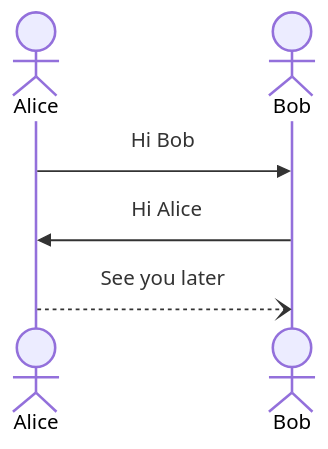
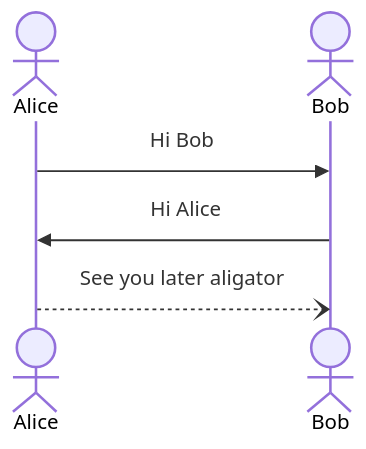
The diagram in test/fixtures/sequenceWithActors.md (johanna-herrmann/mermaider), drawn with Mermaid before and after one commit. The commit also changed 4 other files, not shown here.

````diff
--- a/test/fixtures/sequenceWithActors.md
+++ b/test/fixtures/sequenceWithActors.md
@@ -1,8 +1,8 @@
 ```mermaid
 sequenceDiagram
   actor Alice
   actor Bob
   Alice ->> Bob: Hi Bob
   Bob ->> Alice: Hi Alice
-  Alice --) Bob: See you later
+  Alice --) Bob: See you later aligator
 ```
````
